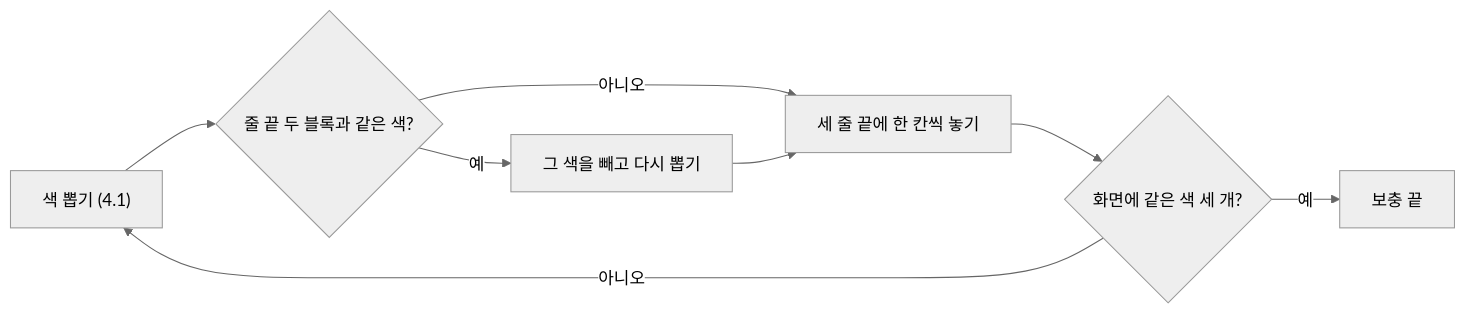
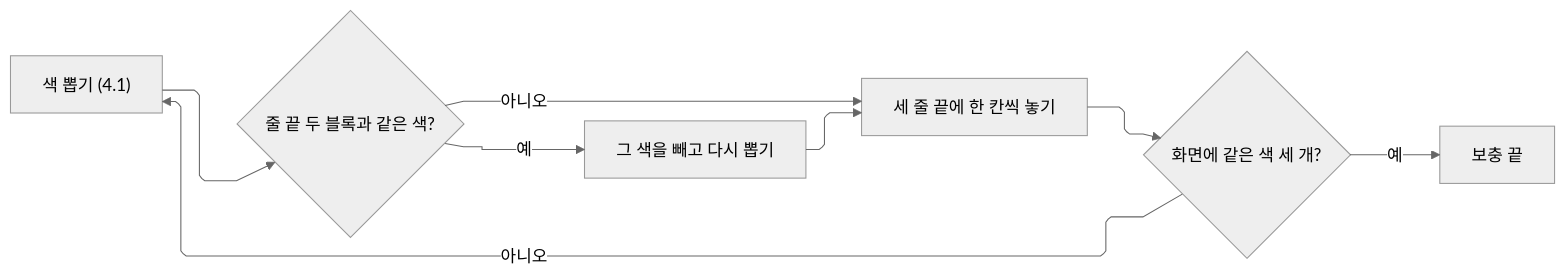
Before and after one commit to chesherneko/portfolio: the fifth of 6 diagrams in src/0-Tidy-Mommy/기술문서.md, drawn with Mermaid. The commit also changed other lines of this file and 20 other files, not shown here.

````diff
--- a/src/0-Tidy-Mommy/기술문서.md
+++ b/src/0-Tidy-Mommy/기술문서.md
@@ -406,11 +414,19 @@
 ```mermaid
-%%{init: {'theme':'neutral'}}%%
+%%{init: {'theme':'neutral', 'layout': 'elk', 'flowchart': {'curve': 'linear'}}}%%
 flowchart LR
     A["색 뽑기 (4.1)"] --> B{줄 끝 두 블록과 같은 색?}
     B -- 예 --> C[그 색을 빼고 다시 뽑기]
     B -- 아니오 --> D[세 줄 끝에 한 칸씩 놓기]
     C --> D
     D --> E{화면에 같은 색 세 개?}
     E -- 아니오 --> A
     E -- 예 --> F[보충 끝]
+
+    %% 보이지 않는 연결: 주 흐름을 왼쪽→오른쪽 한 줄로 고정(돌아오는 선이 처음으로 들어가게)
+    A ~~~ B
+    A ~~~ B
+    B ~~~ D
+    B ~~~ D
+    D ~~~ E
+    D ~~~ E
 ```
````
